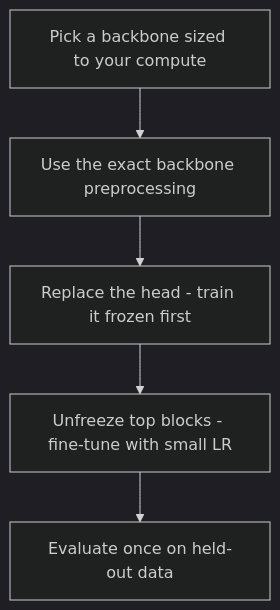
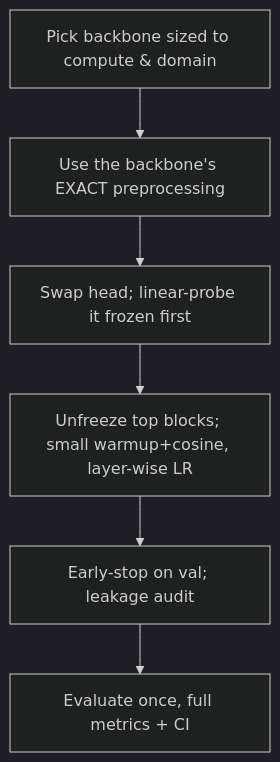
Before and after one commit to CODECRUNCHWORLDWIDE/C56-CRUNCH-VISION: the diagram in curriculum/week-05-transfer-learning-for-vision/lecture-notes/03-finetuning-in-practice.md, drawn with Mermaid (dark theme). The commit also changed other lines of this file and 254 other files, not shown here.

Commit message:
docs: add diagrams + sync content from curriculum source

````diff
--- a/curriculum/week-05-transfer-learning-for-vision/lecture-notes/03-finetuning-in-practice.md
+++ b/curriculum/week-05-transfer-learning-for-vision/lecture-notes/03-finetuning-in-practice.md
@@ -42,7 +74,8 @@
 ```mermaid
 flowchart TD
-  A["Pick a backbone sized to your compute"] --> B["Use the exact backbone preprocessing"]
-  B --> C["Replace the head - train it frozen first"]
-  C --> D["Unfreeze top blocks - fine-tune with small LR"]
-  D --> E["Evaluate once on held-out data"]
+  A["Pick backbone sized to compute & domain"] --> B["Use the backbone's EXACT preprocessing"]
+  B --> C["Swap head; linear-probe it frozen first"]
+  C --> D["Unfreeze top blocks; small warmup+cosine, layer-wise LR"]
+  D --> E["Early-stop on val; leakage audit"]
+  E --> F["Evaluate once, full metrics + CI"]
 ```
````
